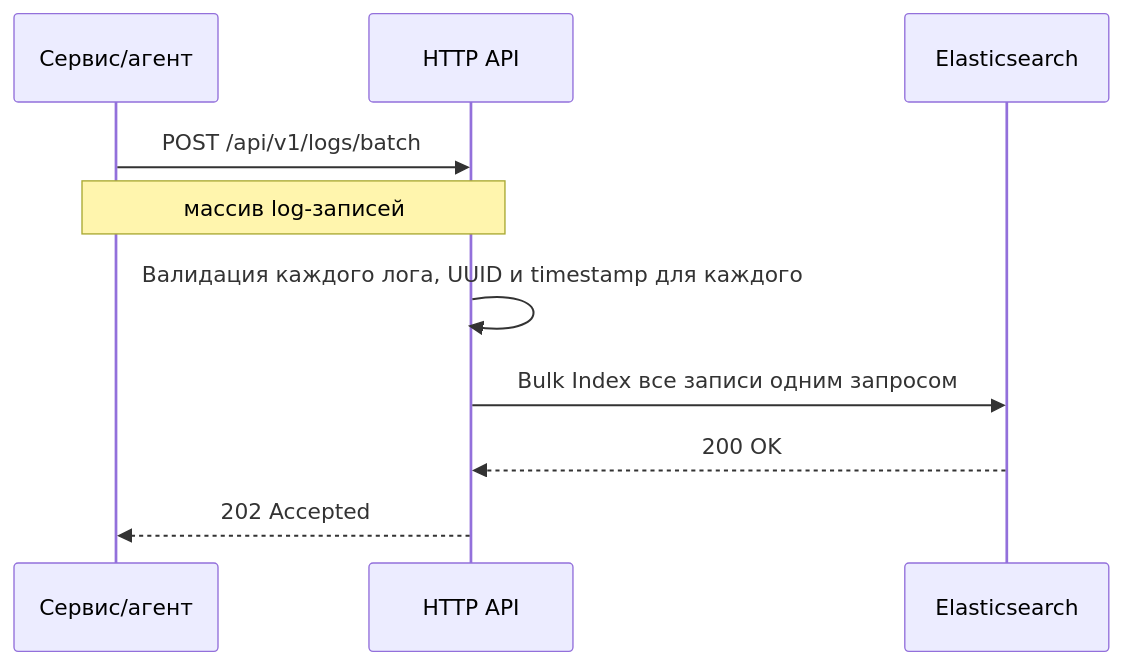
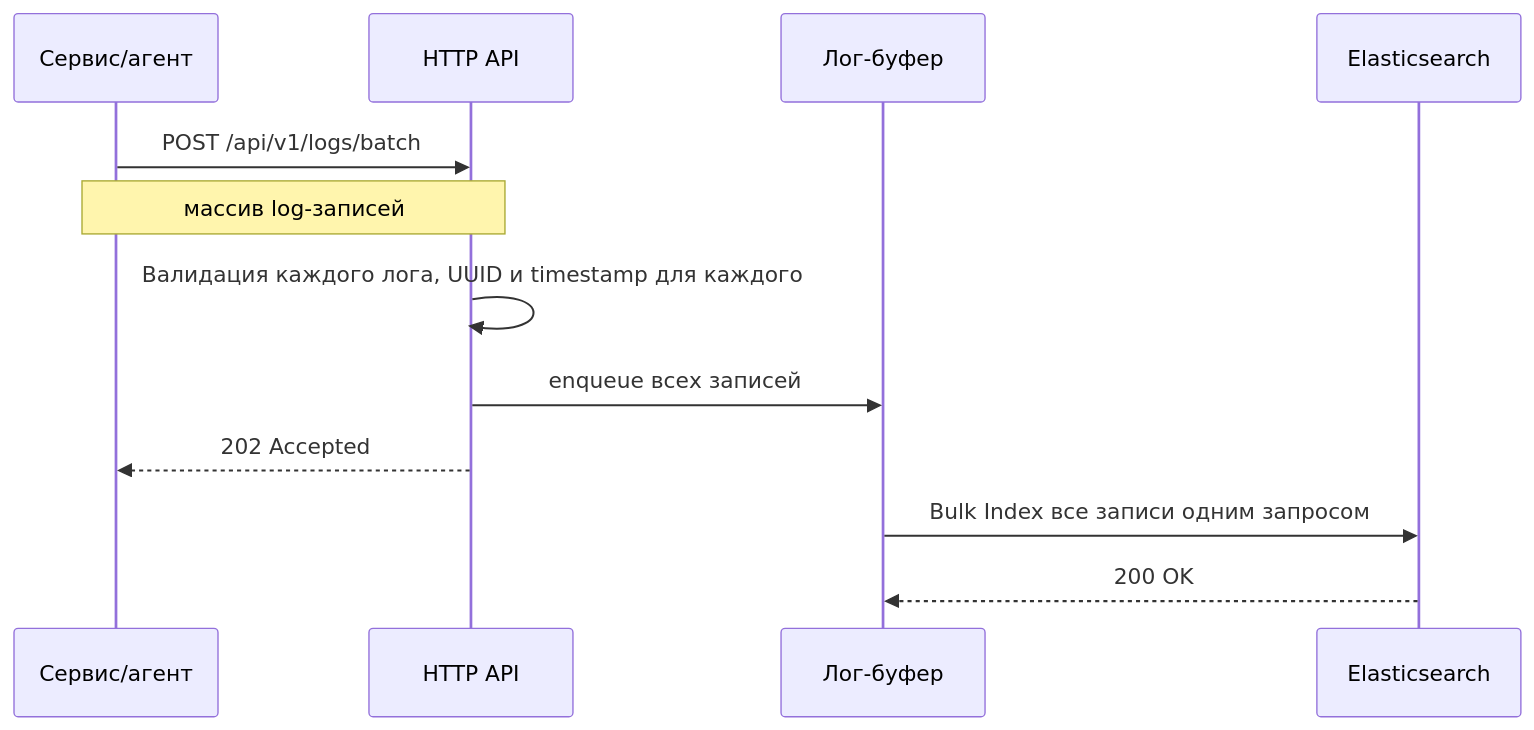
The third of 8 diagrams in README.md (rastamanrin0/telemetry-service), drawn with Mermaid before and after one commit. The commit also changed other lines of this file, not shown here.

````diff
--- a/README.md
+++ b/README.md
@@ -49,13 +255,15 @@
 ```mermaid
 sequenceDiagram
     participant C as Сервис/агент
     participant A as HTTP API
+    participant BUF as Лог-буфер
     participant ES as Elasticsearch
 
     C->>A: POST /api/v1/logs/batch
     Note over C,A: массив log-записей
     A->>A: Валидация каждого лога, UUID и timestamp для каждого
-    A->>ES: Bulk Index все записи одним запросом
-    ES-->>A: 200 OK
+    A->>BUF: enqueue всех записей
     A-->>C: 202 Accepted
+    BUF->>ES: Bulk Index все записи одним запросом
+    ES-->>BUF: 200 OK
 ```
````
